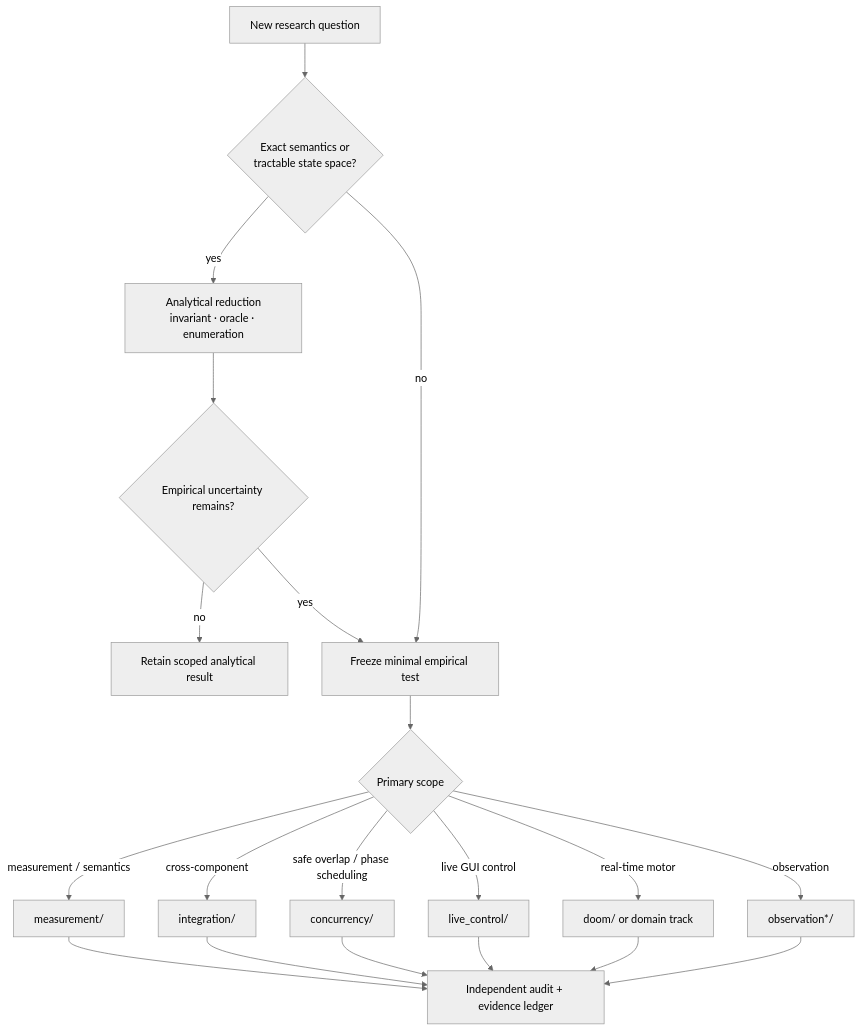
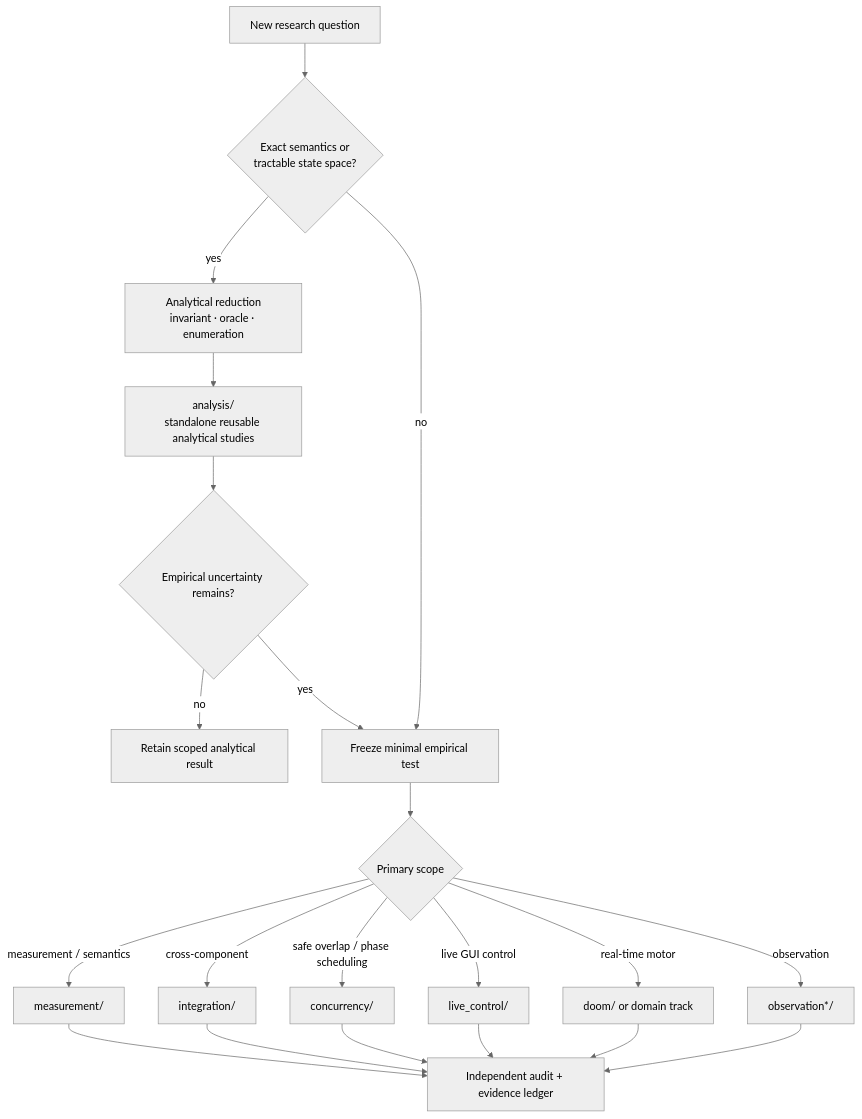
The diagram in research/README.md (Unjuno/agent-interface), drawn with Mermaid (neutral theme) before and after one commit.

Commit message:
Route analytical questions through analysis workspace

````diff
--- a/research/README.md
+++ b/research/README.md
@@ -25,22 +25,23 @@
 ```mermaid
 flowchart TD
     Q[New research question] --> M{Exact semantics or<br/>tractable state space?}
     M -->|yes| A[Analytical reduction<br/>invariant · oracle · enumeration]
-    A --> U{Empirical uncertainty remains?}
+    A --> ANA[analysis/<br/>standalone reusable analytical studies]
+    ANA --> U{Empirical uncertainty remains?}
     U -->|no| R[Retain scoped analytical result]
     U -->|yes| E[Freeze minimal empirical test]
     M -->|no| E
     E --> C{Primary scope}
     C -->|measurement / semantics| MEAS[measurement/]
     C -->|cross-component| INT[integration/]
     C -->|safe overlap / phase scheduling| CONC[concurrency/]
     C -->|live GUI control| LIVE[live_control/]
     C -->|real-time motor| DOOM[doom/ or domain track]
     C -->|observation| OBS[observation*/]
     MEAS --> AUD[Independent audit + evidence ledger]
     INT --> AUD
     CONC --> AUD
     LIVE --> AUD
     DOOM --> AUD
     OBS --> AUD
 ```
````
